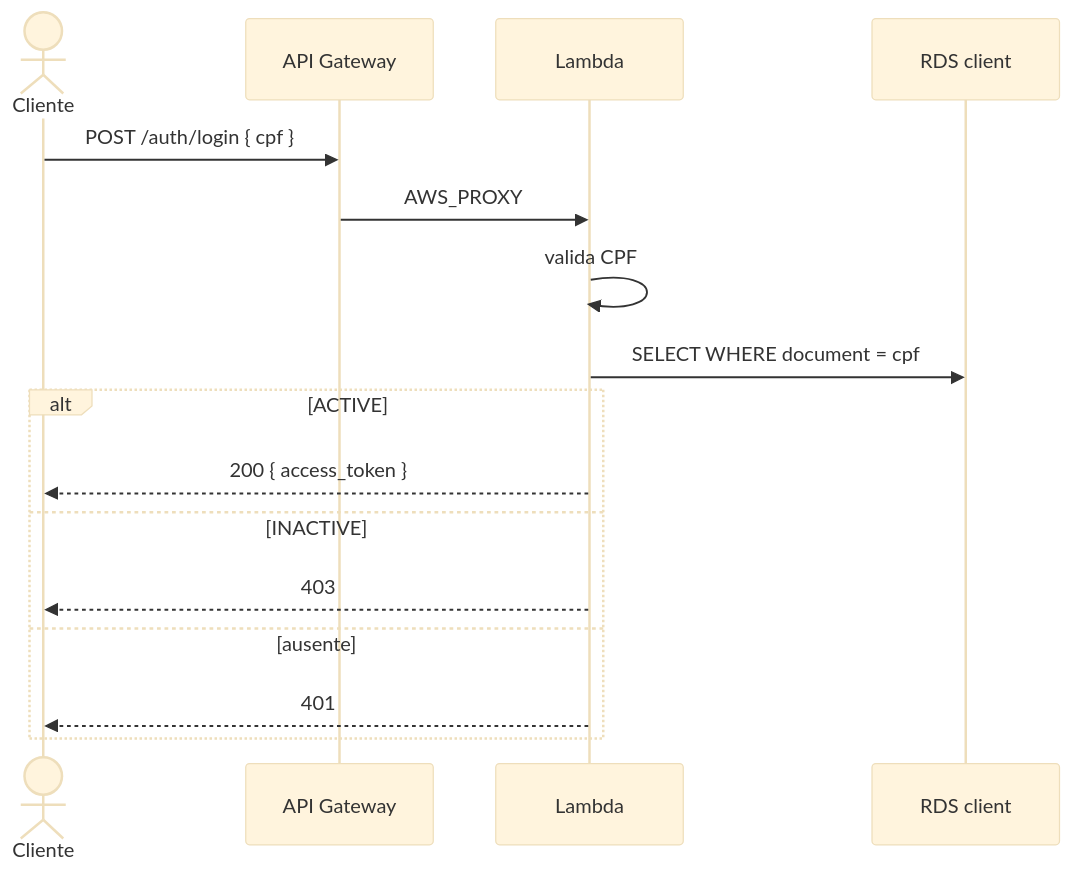
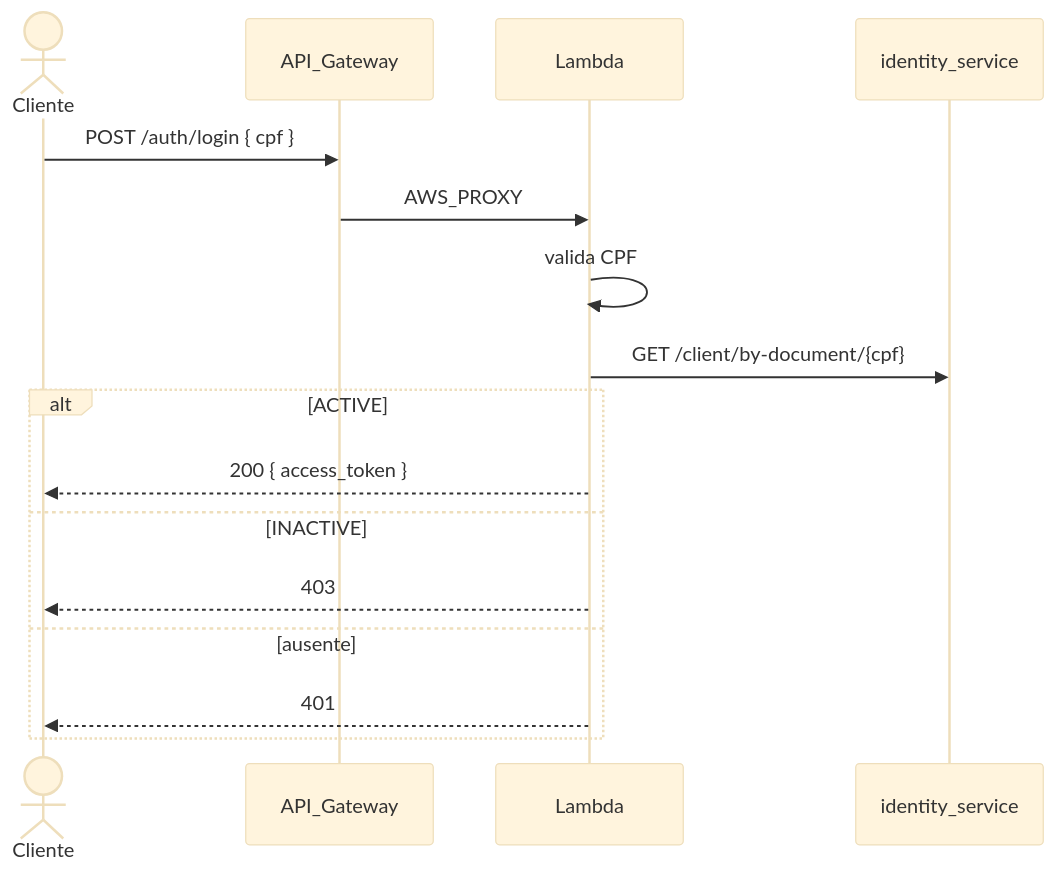
One commit to tech-challenge-pos-fiap-debora/lambda-auth changed the diagram in README.md. Above: the diagram before and after it, drawn with Mermaid (base theme). The commit also changed other lines of this file and 11 other files, not shown here.

First line of the commit message:
feat: login de cliente via identity-service (#7)

````diff
--- a/README.md
+++ b/README.md
@@ -73,18 +72,18 @@
 ```mermaid
 sequenceDiagram
     actor Cliente
-    participant GW as API Gateway
+    participant GW as API_Gateway
     participant FN as Lambda
-    participant DB as RDS client
+    participant ID as identity_service
     Cliente->>GW: POST /auth/login { cpf }
     GW->>FN: AWS_PROXY
     FN->>FN: valida CPF
-    FN->>DB: SELECT WHERE document = cpf
+    FN->>ID: GET /client/by-document/{cpf}
     alt ACTIVE
         FN-->>Cliente: 200 { access_token }
     else INACTIVE
         FN-->>Cliente: 403
     else ausente
         FN-->>Cliente: 401
     end
 ```
````
